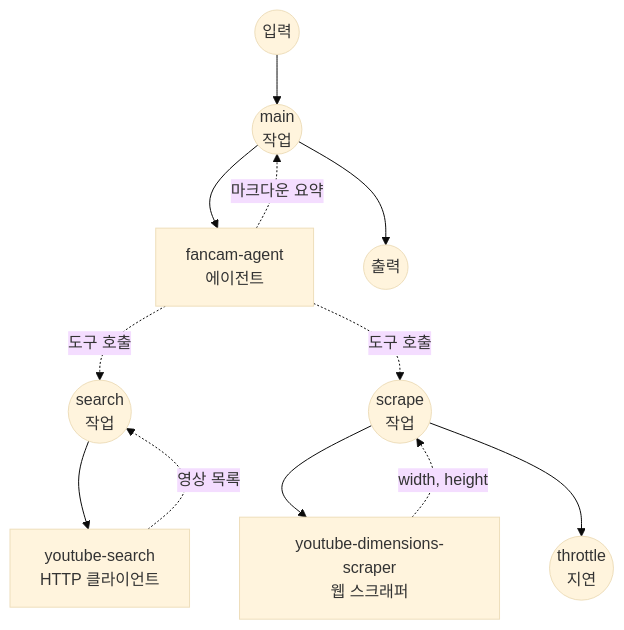
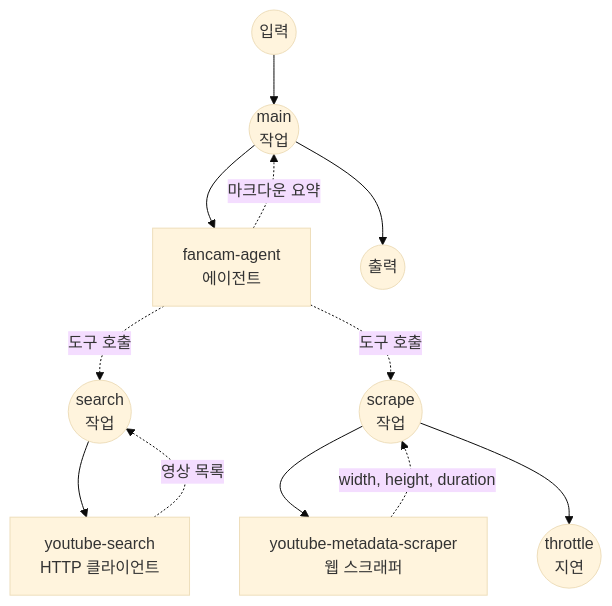
Before and after one commit to hanyeol/model-compose: the diagram in examples/agents/kpop-fancam-collector/README.ko.md, drawn with Mermaid (base theme). The commit also changed other lines of this file and 3 other files, not shown here.

````diff
--- a/examples/agents/kpop-fancam-collector/README.ko.md
+++ b/examples/agents/kpop-fancam-collector/README.ko.md
@@ -142,30 +143,30 @@
 ```mermaid
 graph TD
     %% Jobs (circles)
     JM((main<br/>작업))
     JS((search<br/>작업))
     JD((scrape<br/>작업))
     JT((throttle<br/>지연))
 
     %% Components (rectangles)
     CA[fancam-agent<br/>에이전트]
     CS[youtube-search<br/>HTTP 클라이언트]
-    CD[youtube-dimensions-scraper<br/>웹 스크래퍼]
+    CD[youtube-metadata-scraper<br/>웹 스크래퍼]
 
     %% main workflow
     Input((입력)) --> JM
     JM --> CA
     CA -.-> |마크다운 요약| JM
     JM --> Output((출력))
 
     %% search-fancams (에이전트 도구)
     CA -.-> |도구 호출| JS
     JS --> CS
     CS -.-> |영상 목록| JS
 
-    %% get-video-dimensions (에이전트 도구)
+    %% get-video-metadata (에이전트 도구)
     CA -.-> |도구 호출| JD
     JD --> CD
-    CD -.-> |width, height| JD
+    CD -.-> |width, height, duration| JD
     JD --> JT
 ```
````
